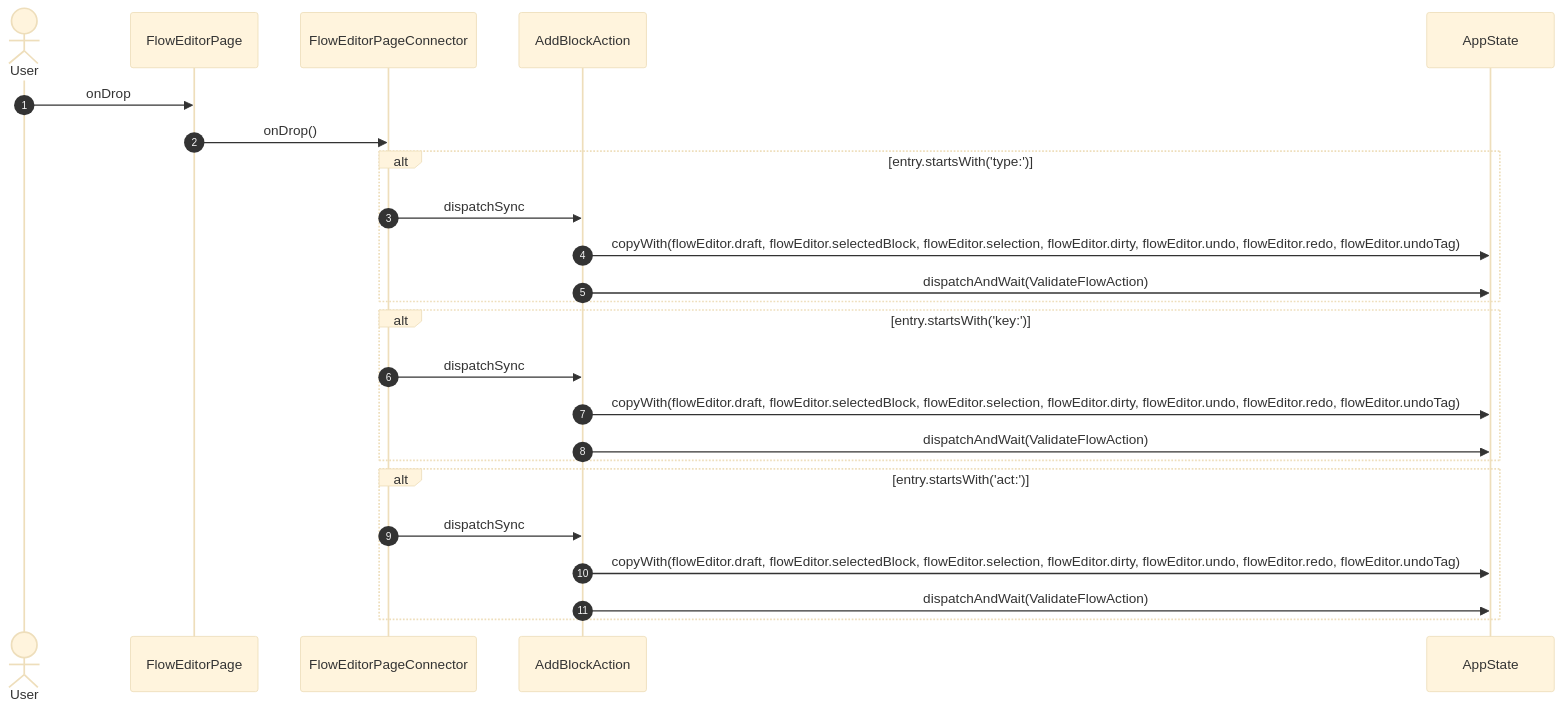
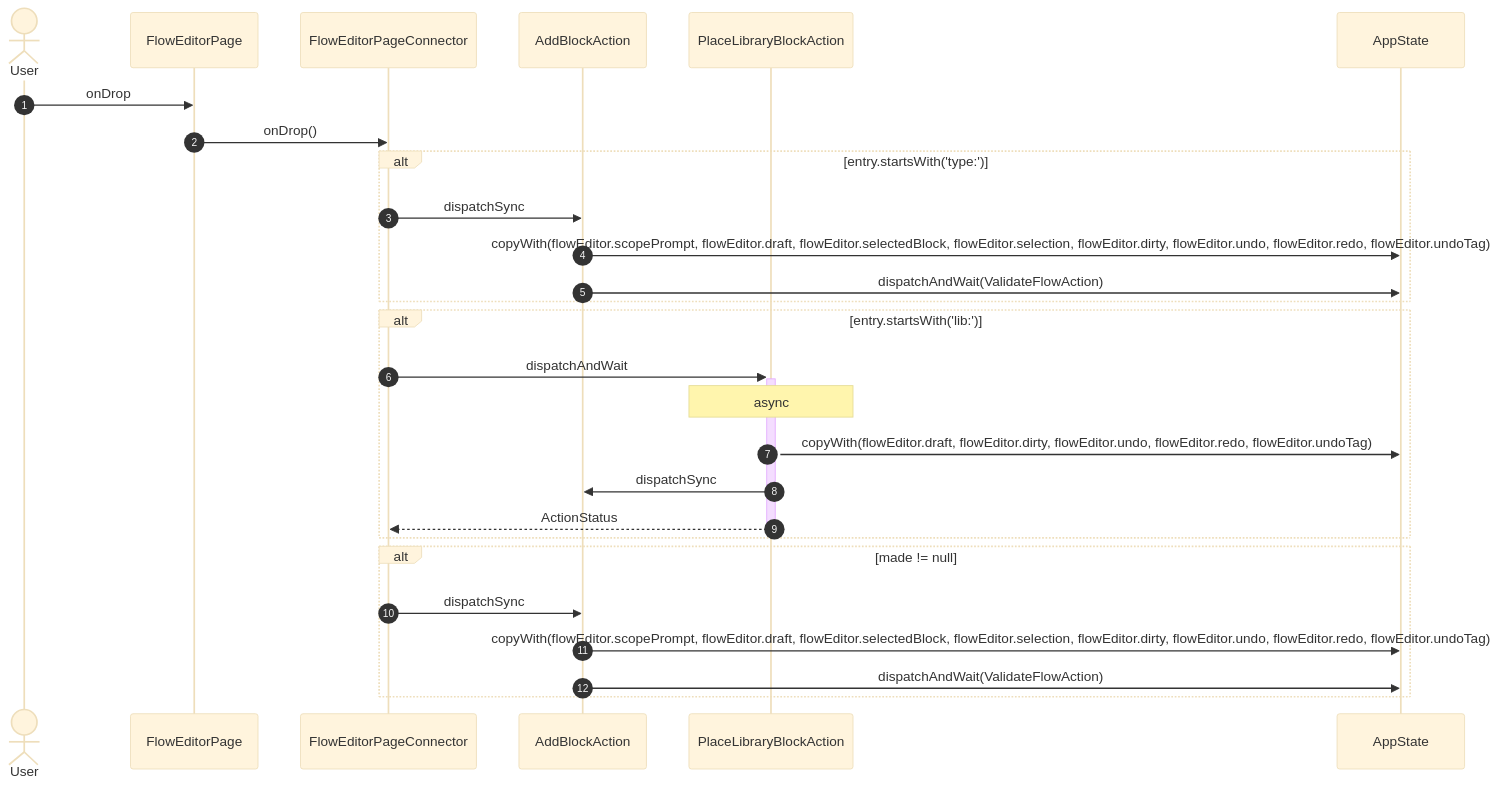
One commit to gencto/wyrm changed diagram 21 of 42 in studio/docs/flows/flowEditor.md. Above: the diagram before and after it, drawn with Mermaid (base theme). The commit also changed other lines of this file and 7 other files, not shown here.

````diff
--- a/studio/docs/flows/flowEditor.md
+++ b/studio/docs/flows/flowEditor.md
@@ -166,27 +434,30 @@
 ```mermaid
 sequenceDiagram
     autonumber
     actor User
     participant UI as FlowEditorPage
     participant VM as FlowEditorPageConnector
     participant A1 as AddBlockAction
+    participant A2 as PlaceLibraryBlockAction
     participant ST as AppState
 
     User->>UI: onDrop
     UI->>VM: onDrop()
     alt entry.startsWith('type:')
         VM->>A1: dispatchSync
-        A1->>ST: copyWith(flowEditor.draft, flowEditor.selectedBlock, flowEditor.selection, flowEditor.dirty, flowEditor.undo, flowEditor.redo, flowEditor.undoTag)
+        A1->>ST: copyWith(flowEditor.scopePrompt, flowEditor.draft, flowEditor.selectedBlock, flowEditor.selection, flowEditor.dirty, flowEditor.undo, flowEditor.redo, flowEditor.undoTag)
         A1->>ST: dispatchAndWait(ValidateFlowAction)
     end
-    alt entry.startsWith('key:')
+    alt entry.startsWith('lib:')
+        VM->>+A2: dispatchAndWait
+        Note over A2: async
+        A2->>ST: copyWith(flowEditor.draft, flowEditor.dirty, flowEditor.undo, flowEditor.redo, flowEditor.undoTag)
+        A2->>A1: dispatchSync
+        A2-->>-VM: ActionStatus
+    end
+    alt made != null
         VM->>A1: dispatchSync
-        A1->>ST: copyWith(flowEditor.draft, flowEditor.selectedBlock, flowEditor.selection, flowEditor.dirty, flowEditor.undo, flowEditor.redo, flowEditor.undoTag)
-        A1->>ST: dispatchAndWait(ValidateFlowAction)
-    end
-    alt entry.startsWith('act:')
-        VM->>A1: dispatchSync
-        A1->>ST: copyWith(flowEditor.draft, flowEditor.selectedBlock, flowEditor.selection, flowEditor.dirty, flowEditor.undo, flowEditor.redo, flowEditor.undoTag)
+        A1->>ST: copyWith(flowEditor.scopePrompt, flowEditor.draft, flowEditor.selectedBlock, flowEditor.selection, flowEditor.dirty, flowEditor.undo, flowEditor.redo, flowEditor.undoTag)
         A1->>ST: dispatchAndWait(ValidateFlowAction)
     end
 ```
````
